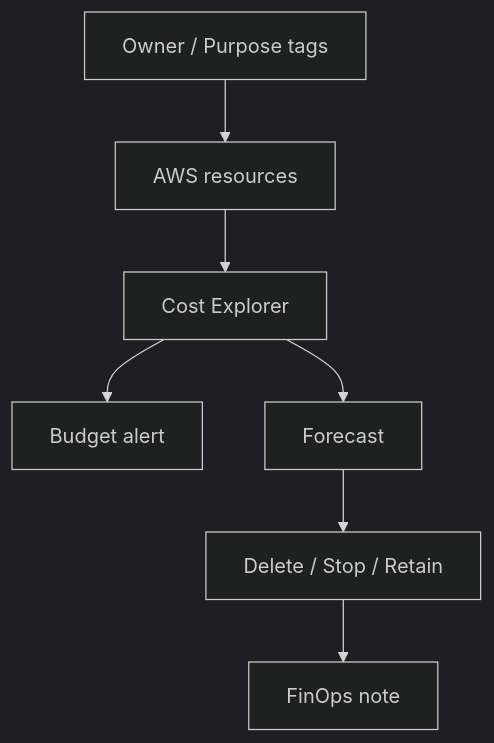
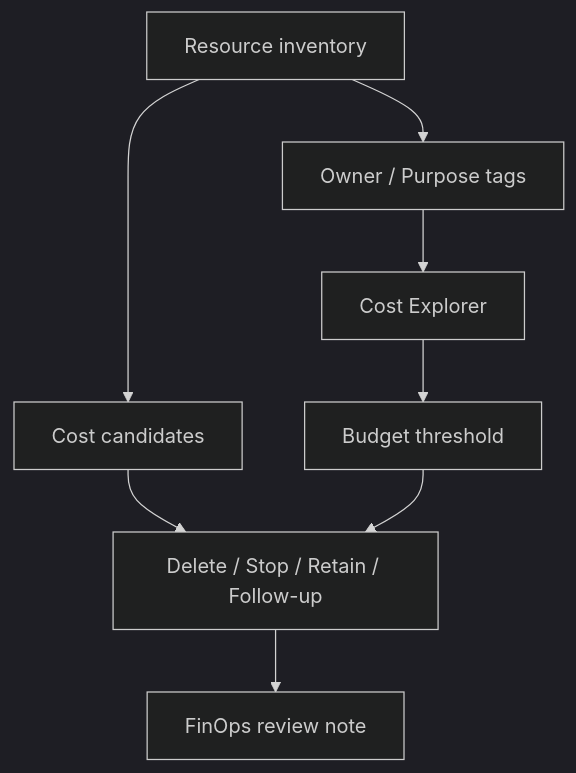
One commit to niceguy61/kdt_devops_lecture_2026_rev2 changed the diagram in week5/day5/lesson-04.md. Above: the diagram before and after it, drawn with Mermaid (dark theme). The commit also changed other lines of this file and 12 other files, not shown here.

````diff
--- a/week5/day5/lesson-04.md
+++ b/week5/day5/lesson-04.md
@@ -24,9 +35,10 @@
 ```mermaid
 flowchart TD
-  Tags["Owner / Purpose tags"] --> Resources["AWS resources"]
-  Resources --> Cost["Cost Explorer"]
-  Cost --> Budget["Budget alert"]
-  Cost --> Forecast["Forecast"]
-  Forecast --> Decision["Delete / Stop / Retain"]
-  Decision --> Note["FinOps note"]
+  Inventory["Resource inventory"] --> Tags["Owner / Purpose tags"]
+  Tags --> CostExplorer["Cost Explorer"]
+  CostExplorer --> Budget["Budget threshold"]
+  Inventory --> Candidates["Cost candidates"]
+  Candidates --> Decision["Delete / Stop / Retain / Follow-up"]
+  Budget --> Decision
+  Decision --> Evidence["FinOps review note"]
 ```
````
